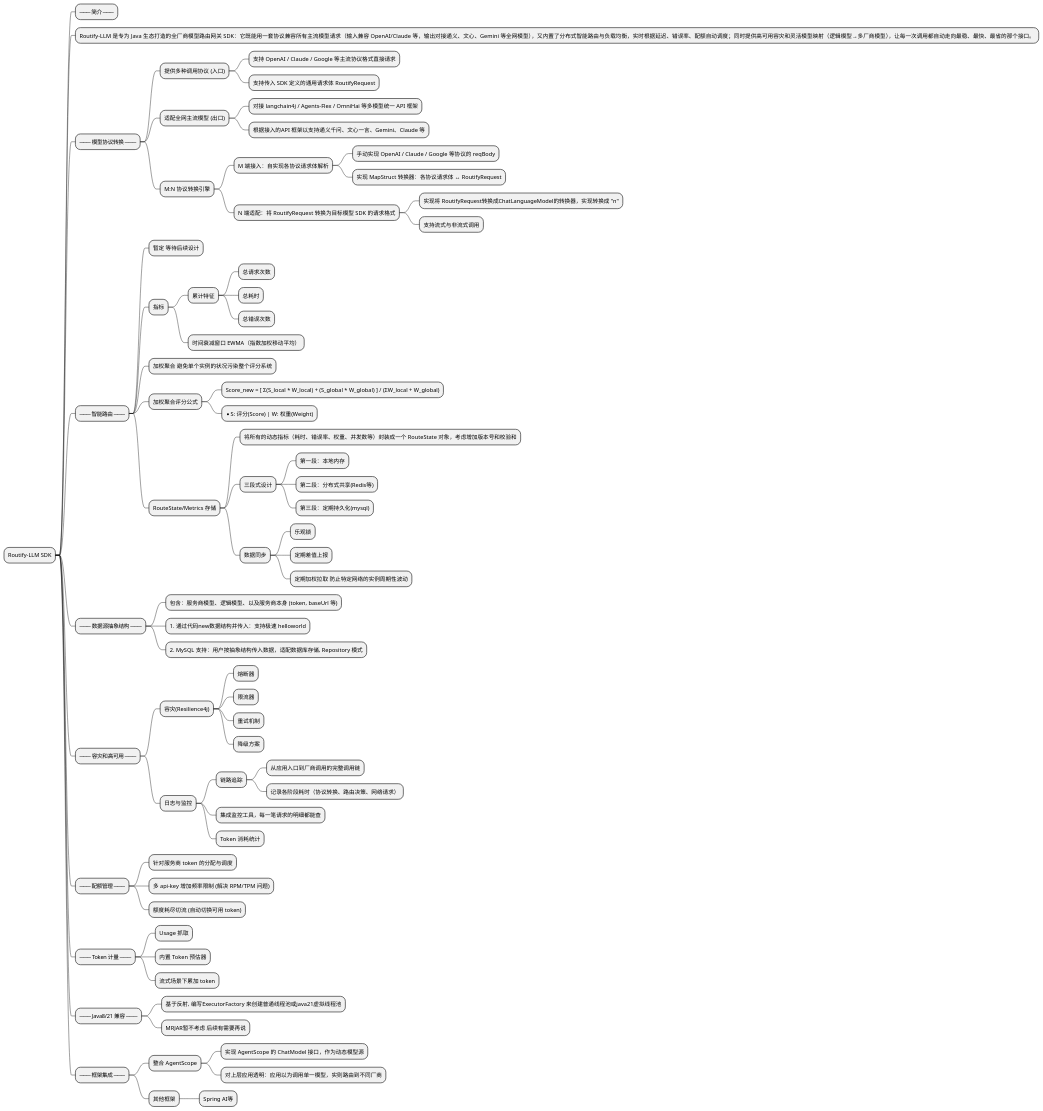
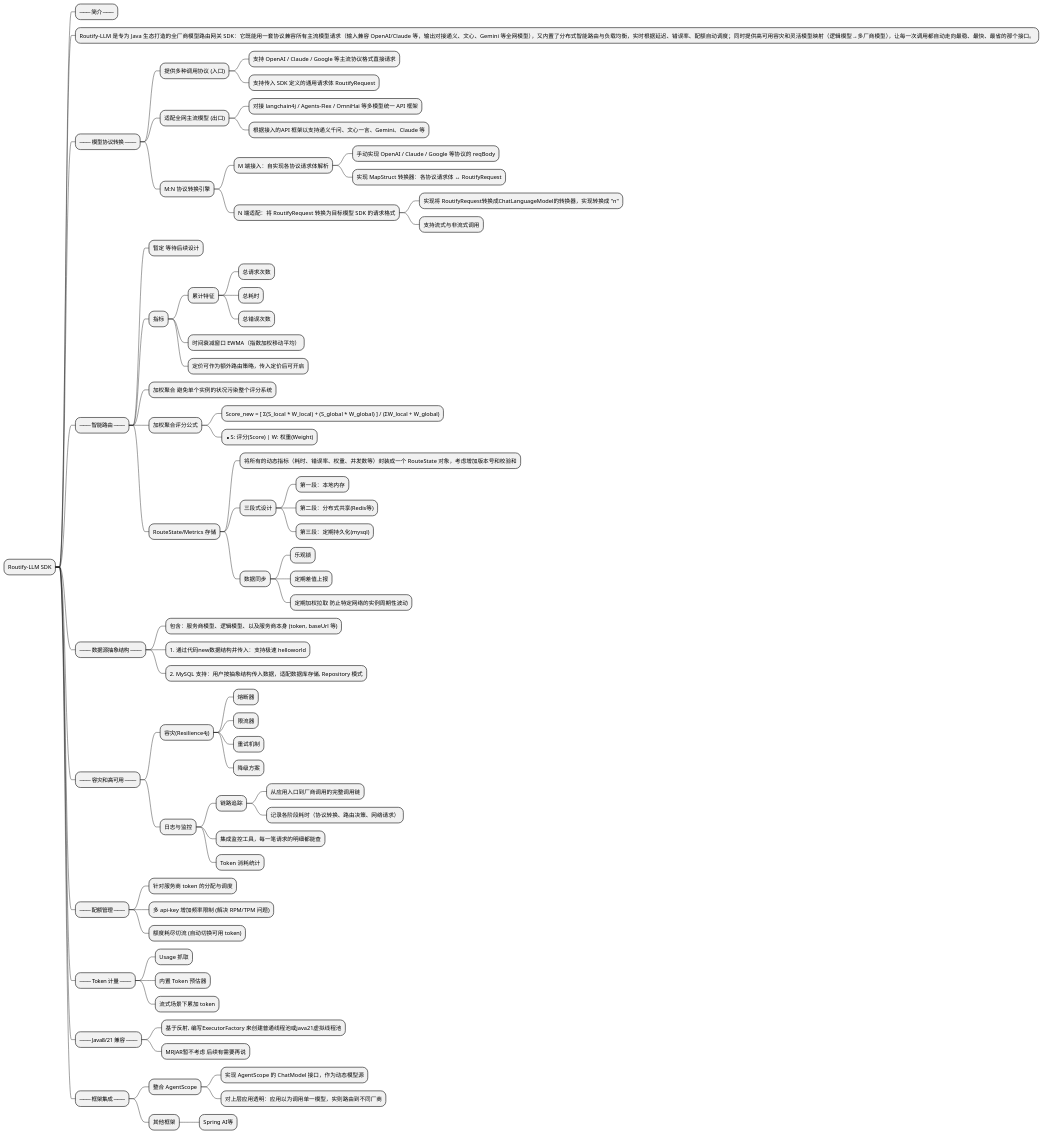
Before and after one commit to PanJung99/routify-llm: the diagram in docs/design.puml, drawn with PlantUML. The commit also changed 1 other file, not shown here.

```diff
--- a/docs/design.puml
+++ b/docs/design.puml
@@ -1,91 +1,92 @@
 @startmindmap
 * Routify-LLM SDK
 ** ─── 简介 ───
 ** Routify-LLM 是专为 Java 生态打造的全厂商模型路由网关 SDK：它既能用一套协议兼容所有主流模型请求（输入兼容 OpenAI/Claude 等，输出对接通义、文心、Gemini 等全网模型），又内置了分布式智能路由与负载均衡，实时根据延迟、错误率、配额自动调度；同时提供高可用容灾和灵活模型映射（逻辑模型→多厂商模型），让每一次调用都自动走向最稳、最快、最省的那个接口。
 
 ** ─── 模型协议转换 ───
 
 *** 提供多种调用协议 (入口)
 **** 支持 OpenAI / Claude / Google 等主流协议格式直接请求
 **** 支持传入 SDK 定义的通用请求体 RoutifyRequest
 
 *** 适配全网主流模型 (出口)
 **** 对接 langchain4j / Agents-Flex / OmniHai 等多模型统一 API 框架
 **** 根据接入的API 框架以支持通义千问、文心一言、Gemini、Claude 等
 
 *** M:N 协议转换引擎
 **** M 端接入：自实现各协议请求体解析
 ***** 手动实现 OpenAI / Claude / Google 等协议的 reqBody
 ***** 实现 MapStruct 转换器：各协议请求体 ↔ RoutifyRequest
 
 **** N 端适配：将 RoutifyRequest 转换为目标模型 SDK 的请求格式
 ***** 实现将 RoutifyRequest转换成ChatLanguageModel的转换器，实现转换成 "n"
 ***** 支持流式与非流式调用
 
 ** ─── 智能路由 ───
 
 *** 暂定 等待后续设计
 
 *** 指标
 **** 累计特征
 ***** 总请求次数
 ***** 总耗时
 ***** 总错误次数
 **** 时间衰减窗口 EWMA（指数加权移动平均）
+**** 定价可作为额外路由策略，传入定价后可开启
 
 *** 加权聚合 避免单个实例的状况污染整个评分系统
 *** 加权聚合评分公式
 **** Score_new = [ Σ(S_local * W_local) + (S_global * W_global) ] / (ΣW_local + W_global)
 **** * S: 评分(Score) | W: 权重(Weight)
 
 *** RouteState/Metrics 存储
 **** 将所有的动态指标（耗时、错误率、权重、并发数等）封装成一个 RouteState 对象，考虑增加版本号和校验和
 **** 三段式设计
 ***** 第一段：本地内存
 ***** 第二段：分布式共享(Redis等)
 ***** 第三段：定期持久化(mysql)
 **** 数据同步
 ***** 乐观锁
 ***** 定期差值上报
 ***** 定期加权拉取 防止特定网络的实例周期性波动
 
 
 ** ─── 数据源抽象结构 ───
 *** 包含：服务商模型、逻辑模型、以及服务商本身 (token, baseUrl 等)
 *** 1. 通过代码new数据结构并传入：支持极速 helloworld
 *** 2. MySQL 支持：用户按抽象结构传入数据，适配数据库存储, Repository 模式
 
 ** ─── 容灾和高可用 ───
 *** 容灾(Resilience4j)
 **** 熔断器
 **** 限流器
 **** 重试机制
 **** 降级方案
 *** 日志与监控
 **** 链路追踪
 ***** 从应用入口到厂商调用的完整调用链
 ***** 记录各阶段耗时（协议转换、路由决策、网络请求）
 **** 集成监控工具，每一笔请求的明细都能查
 **** Token 消耗统计
 
 ** ─── 配额管理 ───
 *** 针对服务商 token 的分配与调度
 *** 多 api-key 增加频率限制 (解决 RPM/TPM 问题)
 *** 额度耗尽切流 (自动切换可用 token)
 
 ** ─── Token 计量 ───
 *** Usage 抓取
 *** 内置 Token 预估器
 *** 流式场景下累加 token
 
 ** ─── Java8/21 兼容 ───
 *** 基于反射, 编写ExecutorFactory 来创建普通线程池或java21虚拟线程池
 *** MRJAR暂不考虑 后续有需要再说
 
 ** ─── 框架集成 ───
 *** 整合 AgentScope
 **** 实现 AgentScope 的 ChatModel 接口，作为动态模型源
 **** 对上层应用透明：应用以为调用单一模型，实则路由到不同厂商
 *** 其他框架
 **** Spring AI等
 @endmindmap
```
